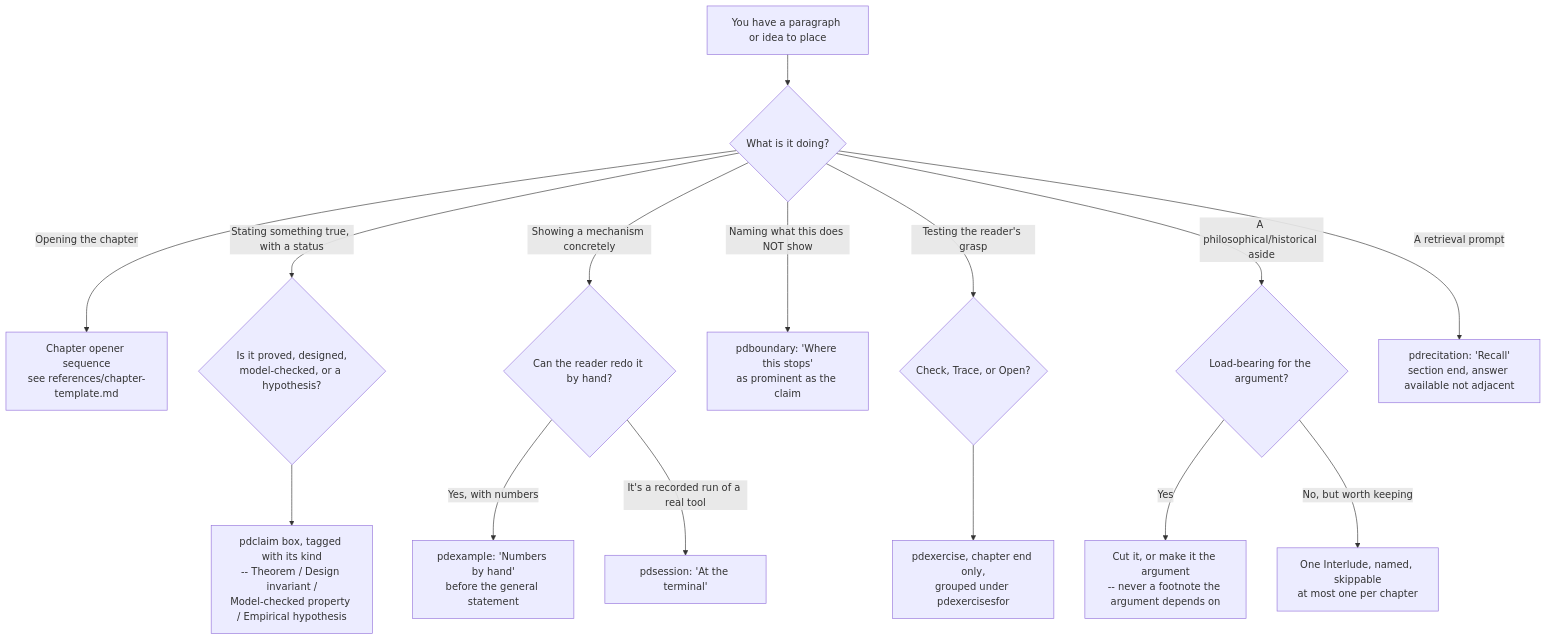
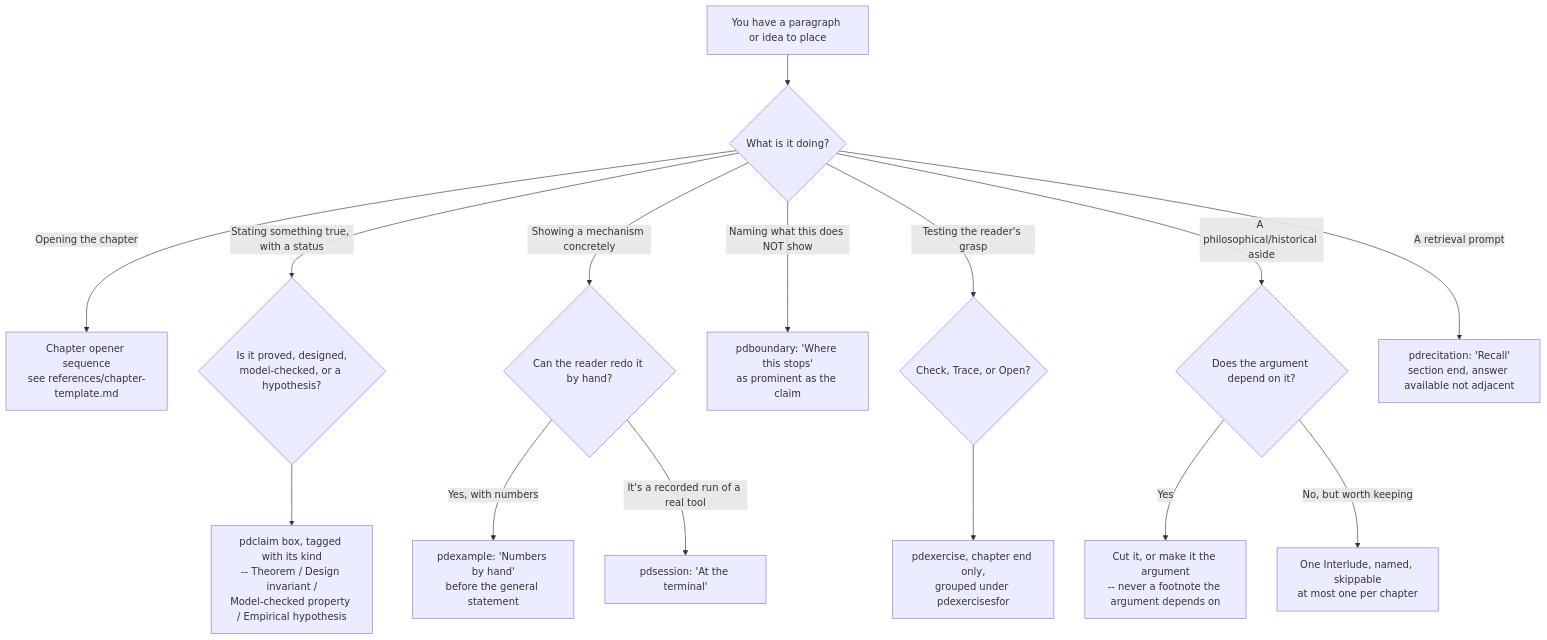
One commit to curiositech/port-daddy changed the diagram in skills/textbook-craft/SKILL.md. Above: the diagram before and after it, drawn with Mermaid. The commit also changed 2 other files, not shown here.

Commit message:
docs(textbook-craft): three more phrasings reworded in the decision tree, the canon, and the chapter template
Claude-Session: https://claude.ai/code/session_01Drw763A57aLMJMPGeLC3HV

````diff
--- a/skills/textbook-craft/SKILL.md
+++ b/skills/textbook-craft/SKILL.md
@@ -69,17 +69,17 @@
 ```mermaid
 flowchart TD
   A[You have a paragraph or idea to place] --> B{What is it doing?}
   B -->|Opening the chapter| C[Chapter opener sequence\nsee references/chapter-template.md]
   B -->|Stating something true, with a status| D{Is it proved, designed,\nmodel-checked, or a hypothesis?}
   D --> E[pdclaim box, tagged with its kind\n-- Theorem / Design invariant /\nModel-checked property / Empirical hypothesis]
   B -->|Showing a mechanism concretely| F{Can the reader redo it by hand?}
   F -->|Yes, with numbers| G[pdexample: 'Numbers by hand'\nbefore the general statement]
   F -->|It's a recorded run of a real tool| H[pdsession: 'At the terminal']
   B -->|Naming what this does NOT show| I[pdboundary: 'Where this stops'\nas prominent as the claim]
   B -->|Testing the reader's grasp| J{Check, Trace, or Open?}
   J --> K[pdexercise, chapter end only,\ngrouped under pdexercisesfor]
-  B -->|A philosophical/historical aside| L{Load-bearing for the argument?}
+  B -->|A philosophical/historical aside| L{Does the argument depend on it?}
   L -->|Yes| M[Cut it, or make it the argument\n-- never a footnote the argument depends on]
   L -->|No, but worth keeping| N[One Interlude, named, skippable\nat most one per chapter]
   B -->|A retrieval prompt| O[pdrecitation: 'Recall'\nsection end, answer available not adjacent]
 ```
````
